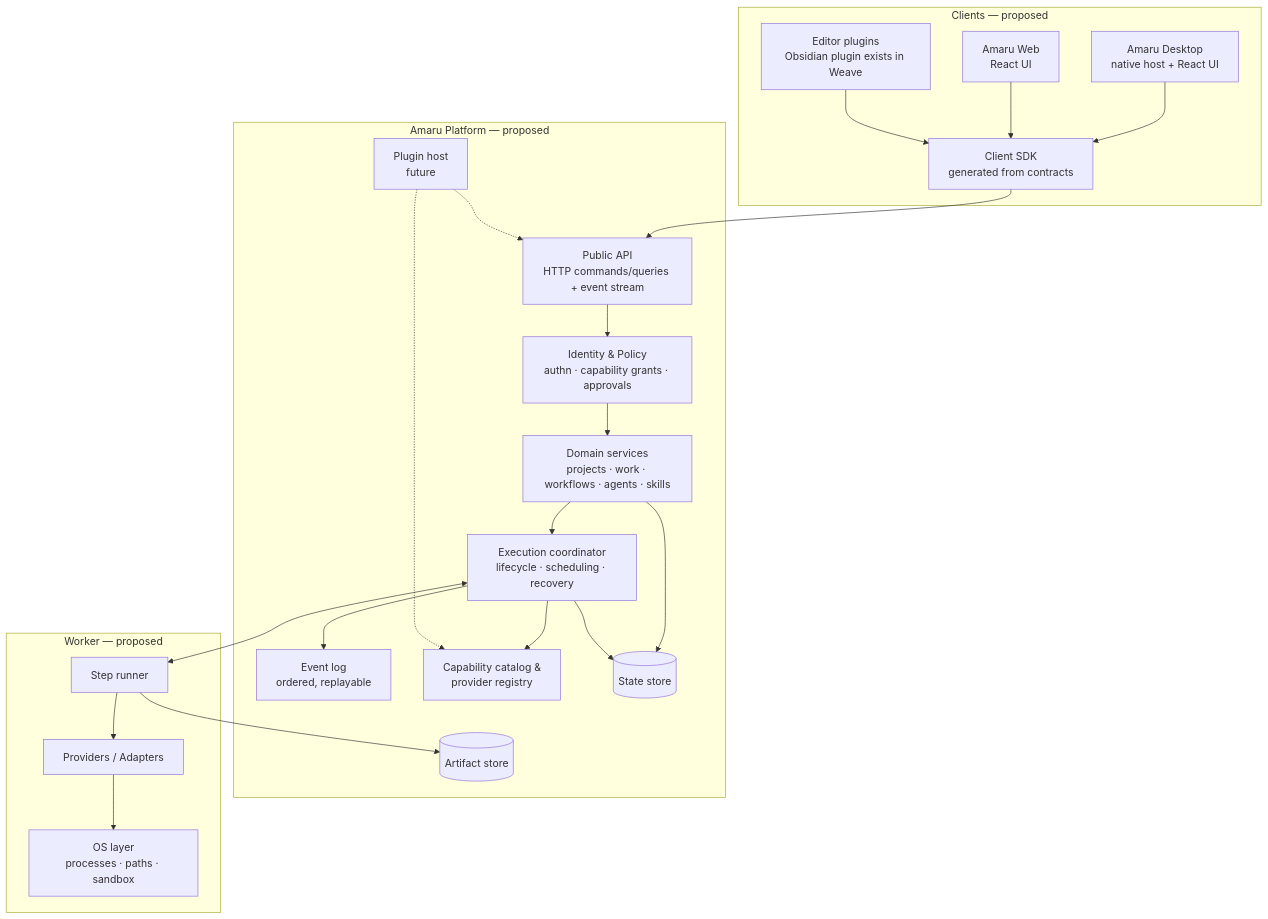
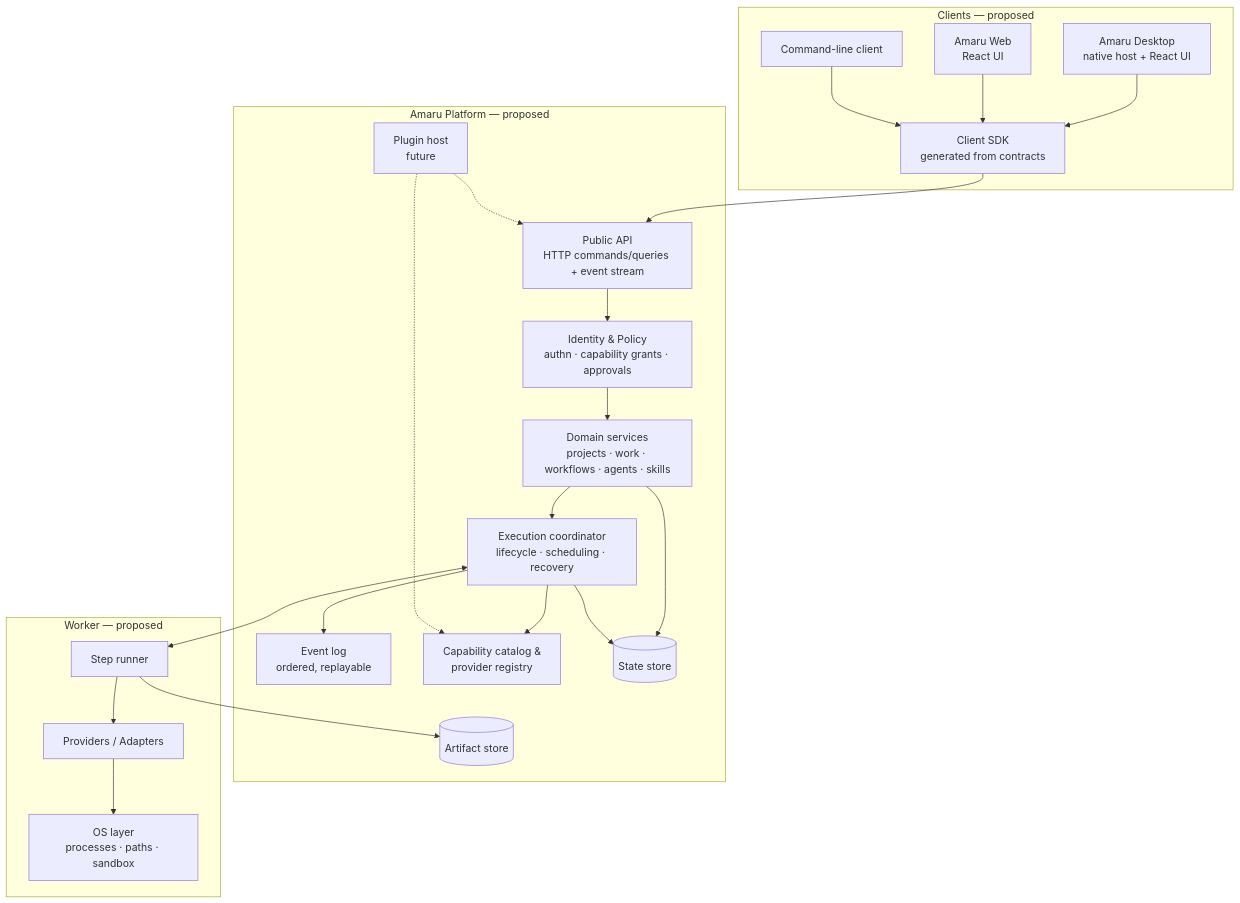
The second of 7 diagrams in docs/architecture/ARCHITECTURE.md (rluders/amaru), drawn with Mermaid before and after one commit. The commit also changed other lines of this file and 68 other files, not shown here.

````diff
--- a/docs/architecture/ARCHITECTURE.md
+++ b/docs/architecture/ARCHITECTURE.md
@@ -56,43 +72,43 @@
 ```mermaid
 flowchart TB
     subgraph clients [Clients — proposed]
         desktop[Amaru Desktop<br/>native host + React UI]
         web[Amaru Web<br/>React UI]
-        editor[Editor plugins<br/>Obsidian plugin exists in Weave]
+        cli[Command-line client]
         sdk[Client SDK<br/>generated from contracts]
     end
 
     subgraph platform [Amaru Platform — proposed]
         api[Public API<br/>HTTP commands/queries + event stream]
         authz[Identity & Policy<br/>authn · capability grants · approvals]
         domain[Domain services<br/>projects · work · workflows · agents · skills]
         orch[Execution coordinator<br/>lifecycle · scheduling · recovery]
         events[Event log<br/>ordered, replayable]
         catalog[Capability catalog &<br/>provider registry]
         store[(State store)]
         artifacts[(Artifact store)]
         pluginhost[Plugin host<br/>future]
     end
 
     subgraph worker [Worker — proposed]
         runner[Step runner]
         providers[Providers / Adapters]
         platformio[OS layer<br/>processes · paths · sandbox]
     end
 
     desktop --> sdk
     web --> sdk
-    editor --> sdk
+    cli --> sdk
     sdk --> api
     api --> authz --> domain
     domain --> orch
     orch --> events
     orch --> catalog
     domain --> store
     orch --> store
     orch <--> runner
     runner --> providers --> platformio
     runner --> artifacts
     pluginhost -.-> catalog
     pluginhost -.-> api
 ```
````
